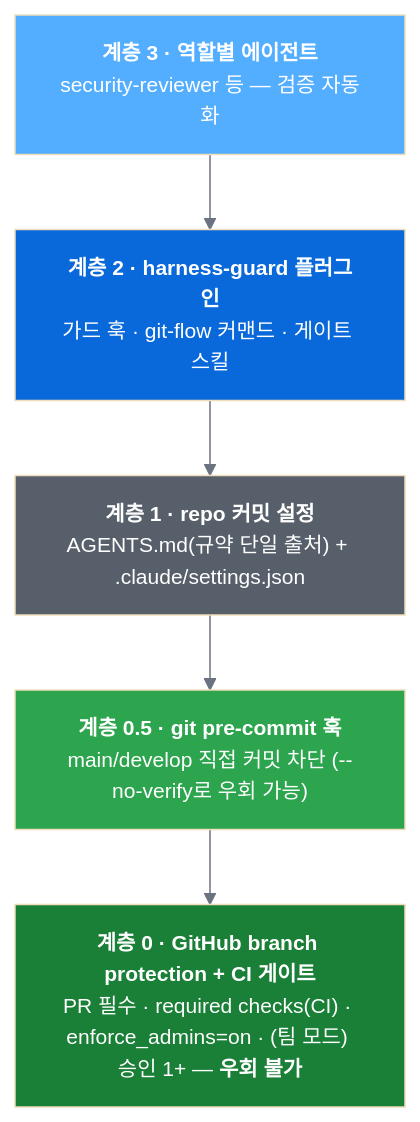
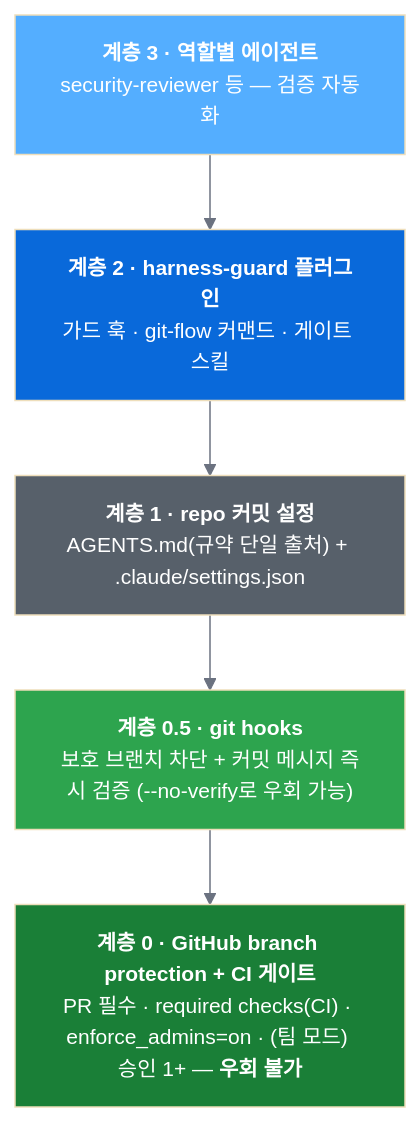
One commit to grinvi04/team-harness changed the first of 2 diagrams in README.md. Above: the diagram before and after it, drawn with Mermaid. The commit also changed other lines of this file and 55 other files, not shown here.

````diff
--- a/README.md
+++ b/README.md
@@ -69,17 +71,17 @@
 ```mermaid
 %%{init: {'theme': 'base', 'themeVariables': {'lineColor': '#6b7280', 'background': '#f8fafc', 'mainBkg': '#f8fafc', 'fontSize': '14px'}}}%%
 flowchart TD
     L3["<b>계층 3 · 역할별 에이전트</b><br/>security-reviewer 등 — 검증 자동화"]
     L2["<b>계층 2 · harness-guard 플러그인</b><br/>가드 훅 · git-flow 커맨드 · 게이트 스킬"]
     L1["<b>계층 1 · repo 커밋 설정</b><br/>AGENTS.md(규약 단일 출처) + .claude/settings.json"]
-    L05["<b>계층 0.5 · git pre-commit 훅</b><br/>main/develop 직접 커밋 차단 (--no-verify로 우회 가능)"]
+    L05["<b>계층 0.5 · git hooks</b><br/>보호 브랜치 차단 + 커밋 메시지 즉시 검증 (--no-verify로 우회 가능)"]
     L0["<b>계층 0 · GitHub branch protection + CI 게이트</b><br/>PR 필수 · required checks(CI) · enforce_admins=on · (팀 모드) 승인 1+ — <b>우회 불가</b>"]
 
     L3 --> L2 --> L1 --> L05 --> L0
 
     style L0 fill:#1a7f37,color:#fff
     style L05 fill:#2da44e,color:#fff
     style L1 fill:#57606a,color:#fff
     style L2 fill:#0969da,color:#fff
     style L3 fill:#54aeff,color:#fff
 ```
````
